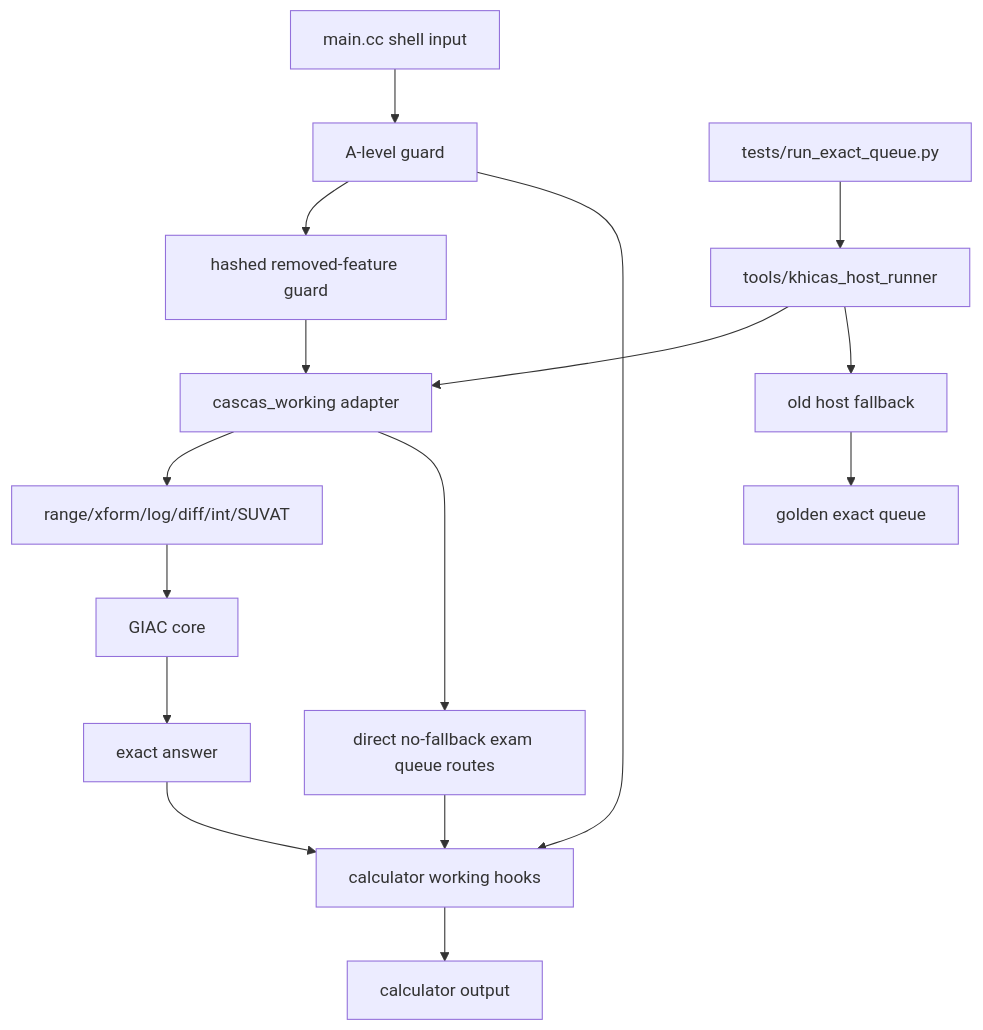
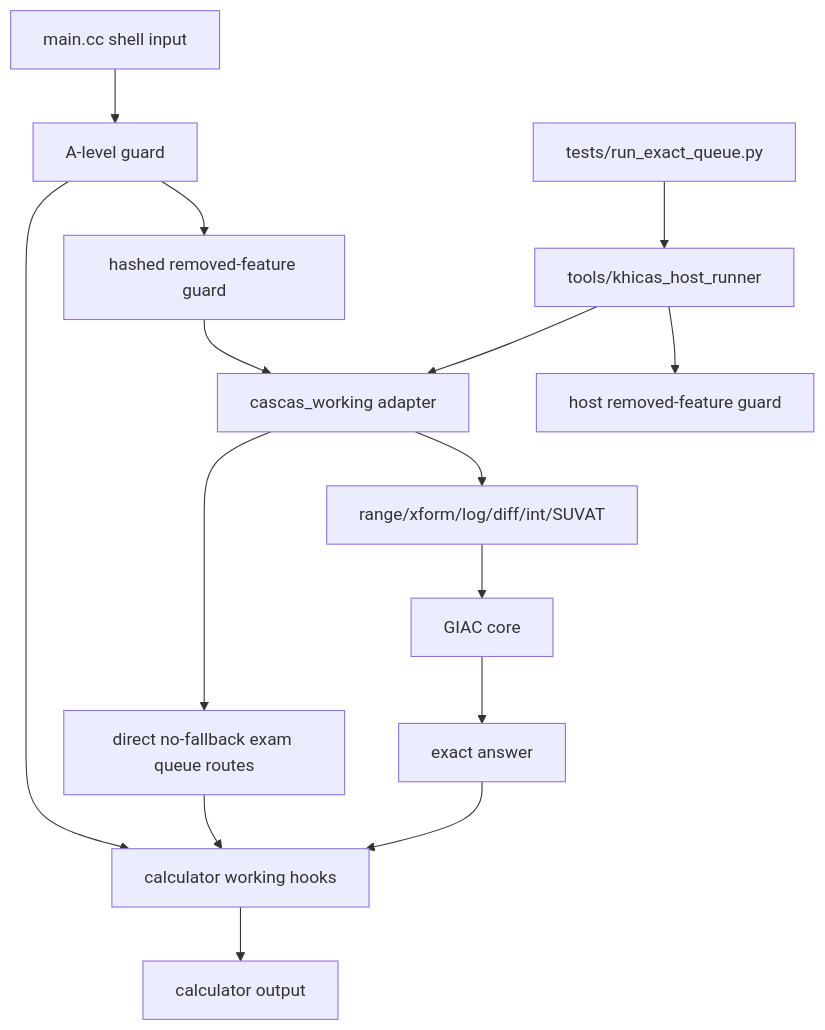
The second of 7 diagrams in docs/GRAPH.md (james8464/notes-addin-casio-fx-cg50), drawn with Mermaid before and after one commit. The commit also changed other lines of this file and 43 other files, not shown here.

````diff
--- a/docs/GRAPH.md
+++ b/docs/GRAPH.md
@@ -25,18 +25,17 @@
 ```mermaid
 graph TD
   Input["main.cc shell input"] --> Guard["A-level guard"]
   Guard --> Hash["hashed removed-feature guard"]
   Hash --> Shared["cascas_working adapter"]
   Shared --> Rewrite["range/xform/log/diff/int/SUVAT"]
   Shared --> DirectQueue["direct no-fallback exam queue routes"]
   Rewrite --> Giac["GIAC core"]
   DirectQueue --> CalcWork
   Giac --> Answer["exact answer"]
   Guard --> CalcWork["calculator working hooks"]
   HostIn["tests/run_exact_queue.py"] --> HostWrap["tools/khicas_host_runner"]
+  HostWrap --> HostGuard["host removed-feature guard"]
   HostWrap --> Shared
-  HostWrap --> HostWork["old host fallback"]
   Answer --> CalcWork
   CalcWork --> Console["calculator output"]
-  HostWork --> Exact["golden exact queue"]
 ```
````
